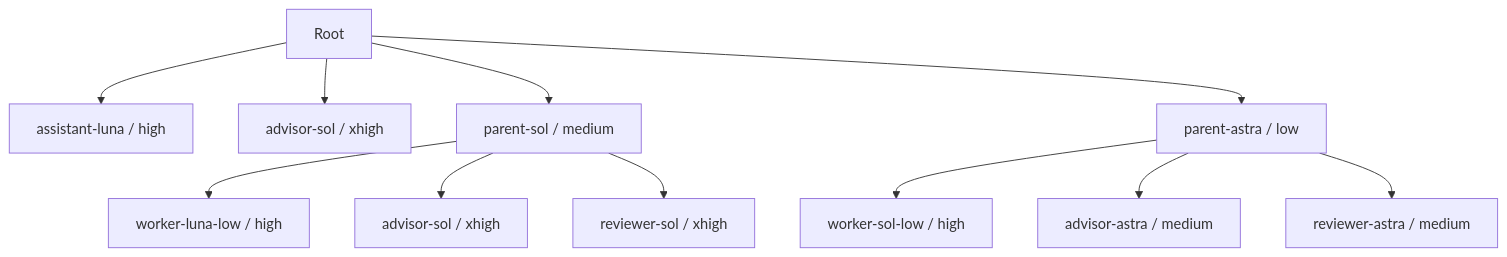
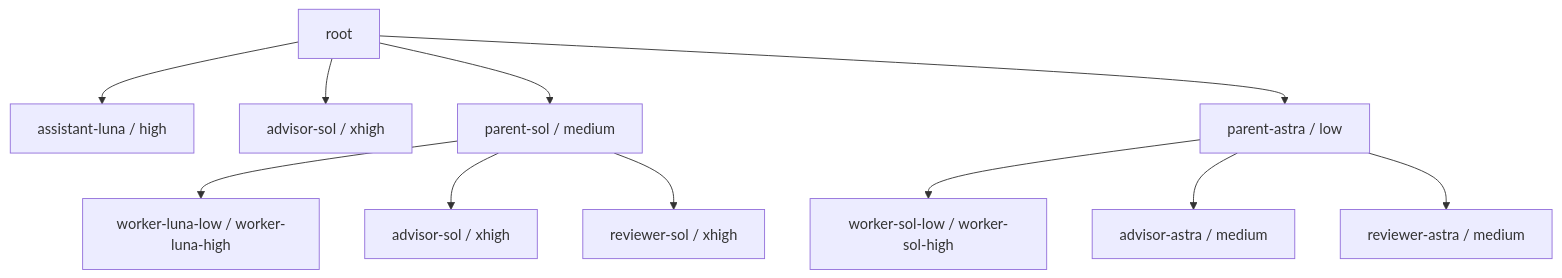
One commit to unagi/dotfiles changed the diagram in docs/codex-subagents.md. Above: the diagram before and after it, drawn with Mermaid. The commit also changed other lines of this file and 12 other files, not shown here.

````diff
--- a/docs/codex-subagents.md
+++ b/docs/codex-subagents.md
@@ -5,13 +33,13 @@
 ```mermaid
 flowchart TD
-  Root --> Assistant[assistant-luna / high]
-  Root --> RootAdvisor[advisor-sol / xhigh]
-  Root --> Sol[parent-sol / medium]
-  Root --> Astra[parent-astra / low]
-  Sol --> Luna[worker-luna-low / high]
+  root --> Assistant[assistant-luna / high]
+  root --> rootAdvisor[advisor-sol / xhigh]
+  root --> Sol[parent-sol / medium]
+  root --> Astra[parent-astra / low]
+  Sol --> Luna["worker-luna-low / worker-luna-high"]
   Sol --> SA[advisor-sol / xhigh]
   Sol --> SR[reviewer-sol / xhigh]
-  Astra --> WorkerSol[worker-sol-low / high]
+  Astra --> WorkerSol["worker-sol-low / worker-sol-high"]
   Astra --> AA[advisor-astra / medium]
   Astra --> AR[reviewer-astra / medium]
 ```
````
